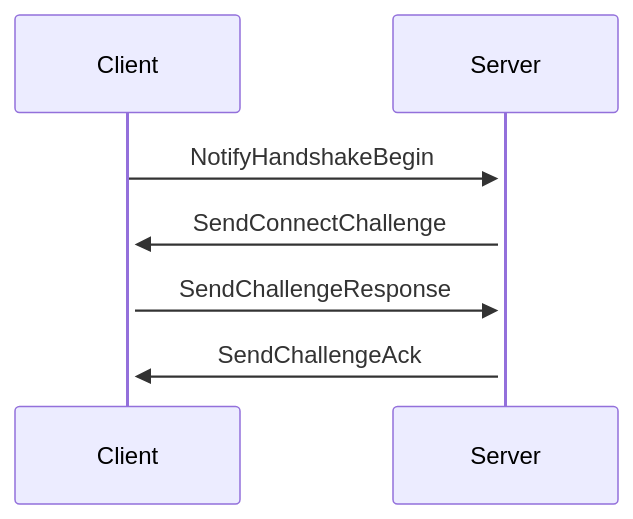
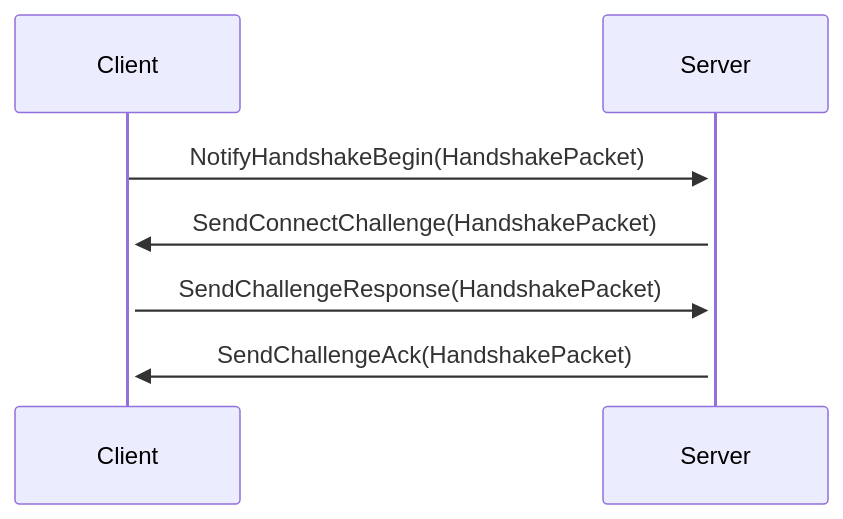
One commit to dpull/dpull.github.io changed the first of 6 diagrams in _posts/2022-11-13-utcp_handshake.md. Above: the diagram before and after it, drawn with Mermaid. The commit also changed other lines of this file, not shown here.

````diff
--- a/_posts/2022-11-13-utcp_handshake.md
+++ b/_posts/2022-11-13-utcp_handshake.md
@@ -10,7 +12,7 @@
 ```mermaid
 sequenceDiagram
-    Client->>+Server: NotifyHandshakeBegin
-    Server->>+Client: SendConnectChallenge
-    Client->>+Server: SendChallengeResponse
-    Server->>+Client: SendChallengeAck
+    Client->>+Server: NotifyHandshakeBegin(HandshakePacket)
+    Server->>+Client: SendConnectChallenge(HandshakePacket)
+    Client->>+Server: SendChallengeResponse(HandshakePacket)
+    Server->>+Client: SendChallengeAck(HandshakePacket)
 ```
````
